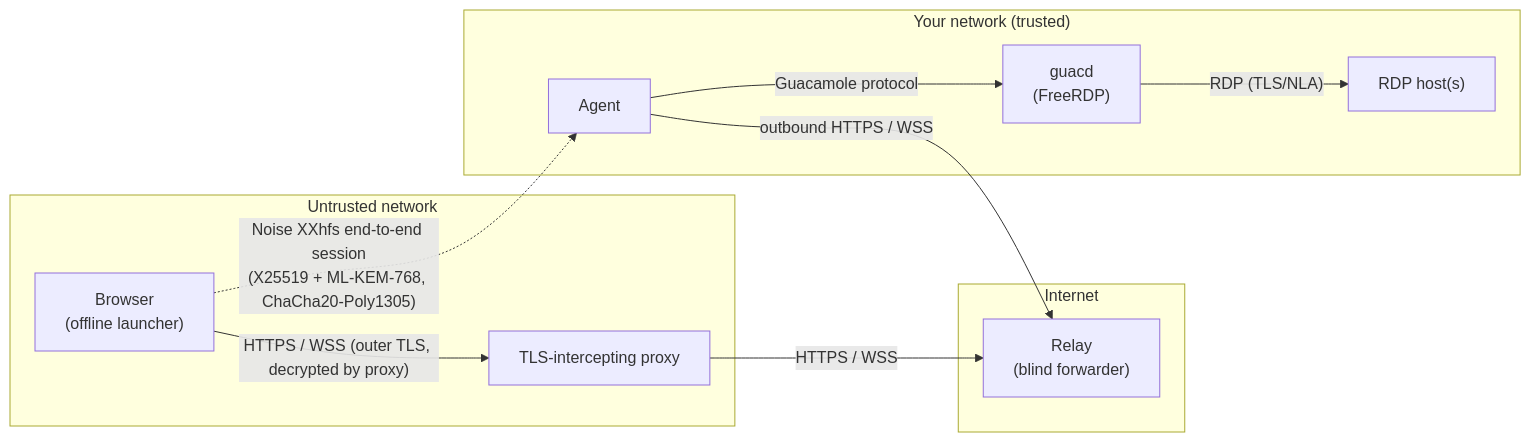
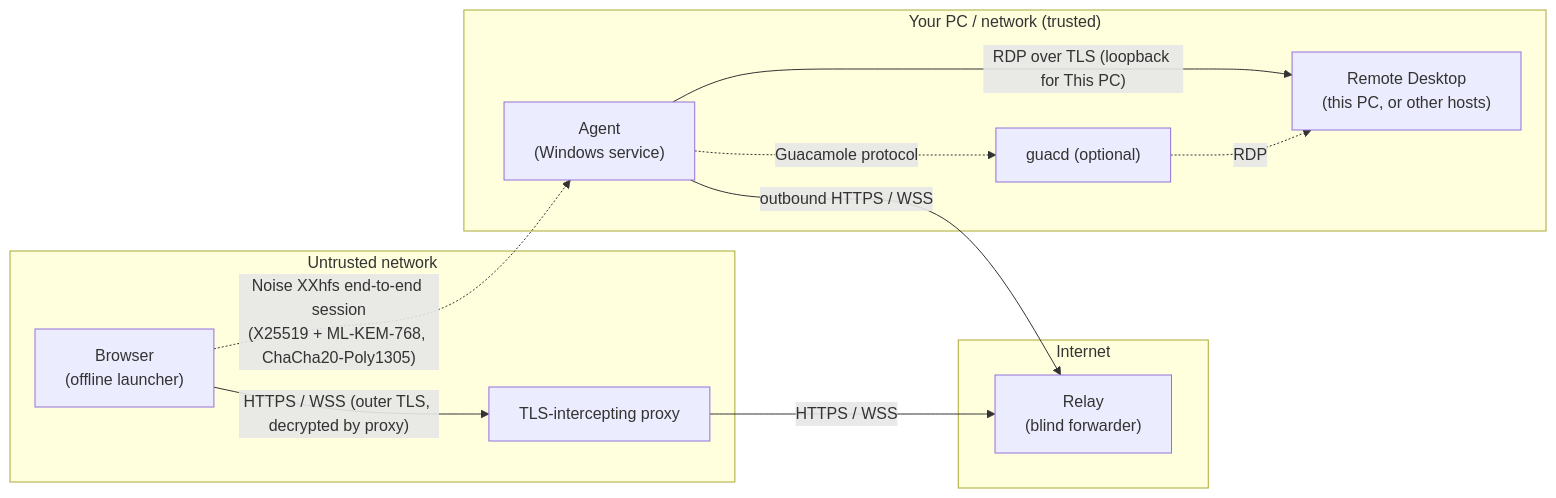
Before and after one commit to guitar24t/WRHS: the diagram in docs/DESIGN.md, drawn with Mermaid. The commit also changed other lines of this file and 9 other files, not shown here.

First line of the commit message:
Windows: use WinSW's .NET Framework build, report service start failures; docs

````diff
--- a/docs/DESIGN.md
+++ b/docs/DESIGN.md
@@ -63,21 +63,22 @@
 ```mermaid
 flowchart LR
     subgraph Untrusted["Untrusted network"]
         B["Browser<br/>(offline launcher)"]
         P["TLS-intercepting proxy"]
     end
     subgraph Internet
         R["Relay<br/>(blind forwarder)"]
     end
-    subgraph Home["Your network (trusted)"]
-        A["Agent"]
-        G["guacd<br/>(FreeRDP)"]
-        H["RDP host(s)"]
+    subgraph Home["Your PC / network (trusted)"]
+        A["Agent<br/>(Windows service)"]
+        H["Remote Desktop<br/>(this PC, or other hosts)"]
+        G["guacd (optional)"]
     end
     B -- "HTTPS / WSS (outer TLS, decrypted by proxy)" --> P
     P -- "HTTPS / WSS" --> R
     A -- "outbound HTTPS / WSS" --> R
-    A -- "Guacamole protocol" --> G
-    G -- "RDP (TLS/NLA)" --> H
+    A -- "RDP over TLS (loopback for This PC)" --> H
+    A -. "Guacamole protocol" .-> G
+    G -. "RDP" .-> H
     B -. "Noise XXhfs end-to-end session<br/>(X25519 + ML-KEM-768, ChaCha20-Poly1305)" .-> A
 ```
````
